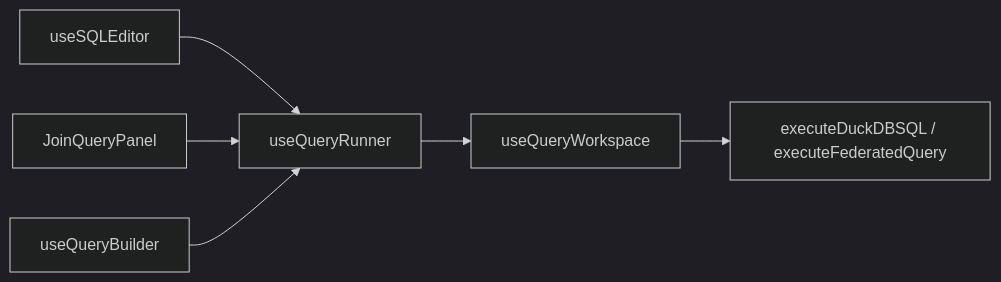
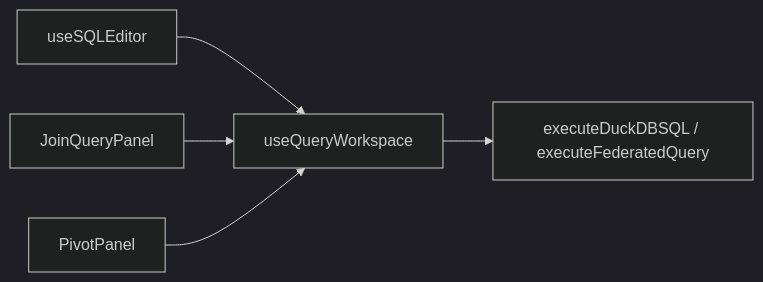
Before and after one commit to Chenkeliang/duckdb-query: the third of 4 diagrams in docs/ARCHITECTURE_CALL_MAP.md, drawn with Mermaid (dark theme). The commit also changed 16 other files, not shown here.

````diff
--- a/docs/ARCHITECTURE_CALL_MAP.md
+++ b/docs/ARCHITECTURE_CALL_MAP.md
@@ -136,14 +136,12 @@
 ```mermaid
 flowchart LR
   SQLEditor[useSQLEditor]
   JoinPanel[JoinQueryPanel]
-  VisualQB[useQueryBuilder]
-  Runner[useQueryRunner]
+  PivotPanel[PivotPanel]
   QW[useQueryWorkspace]
 
-  SQLEditor --> Runner
-  JoinPanel --> Runner
-  VisualQB --> Runner
-  Runner --> QW
+  SQLEditor --> QW
+  JoinPanel --> QW
+  PivotPanel --> QW
   QW --> queryApi[executeDuckDBSQL / executeFederatedQuery]
 ```
````
